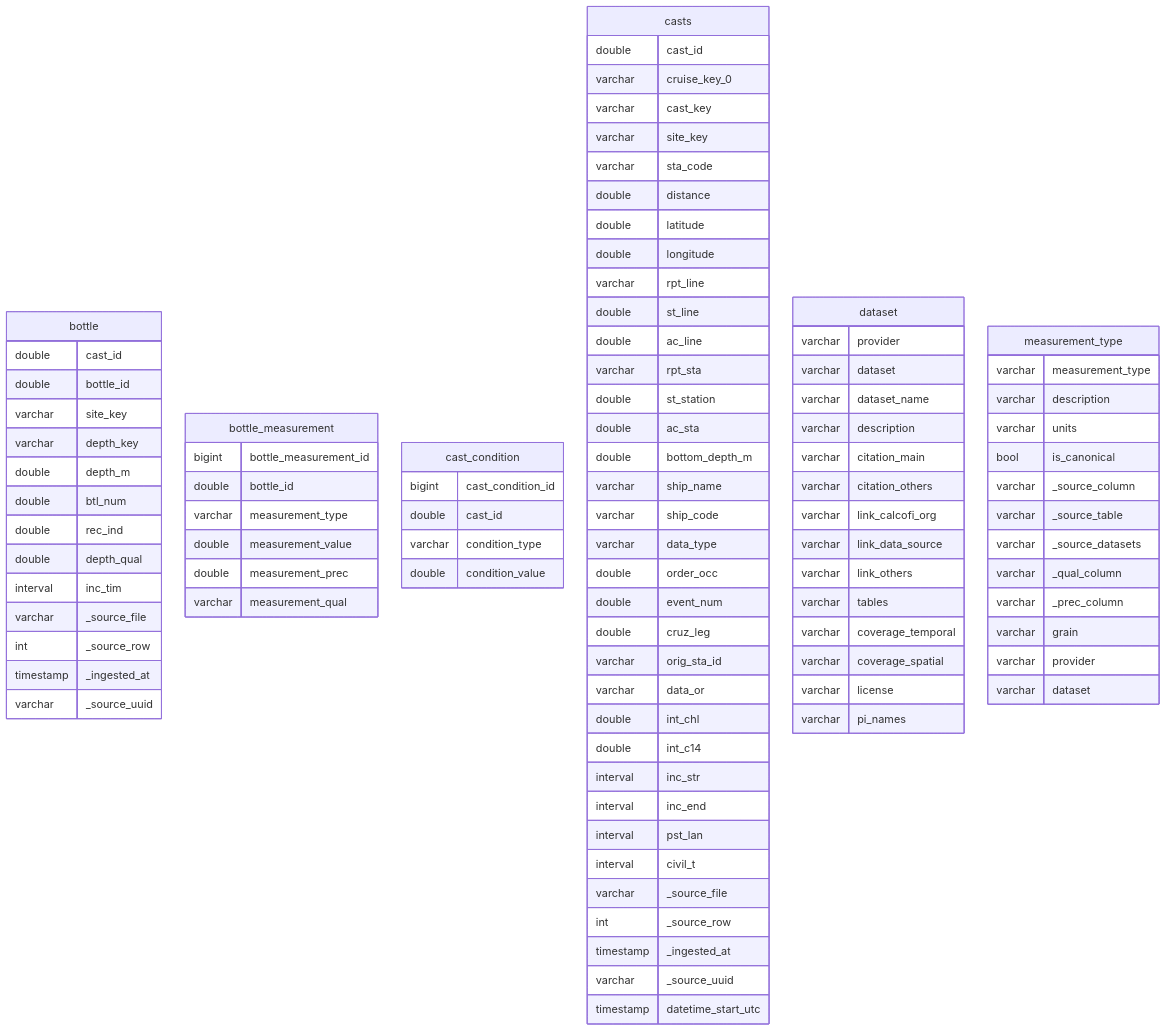
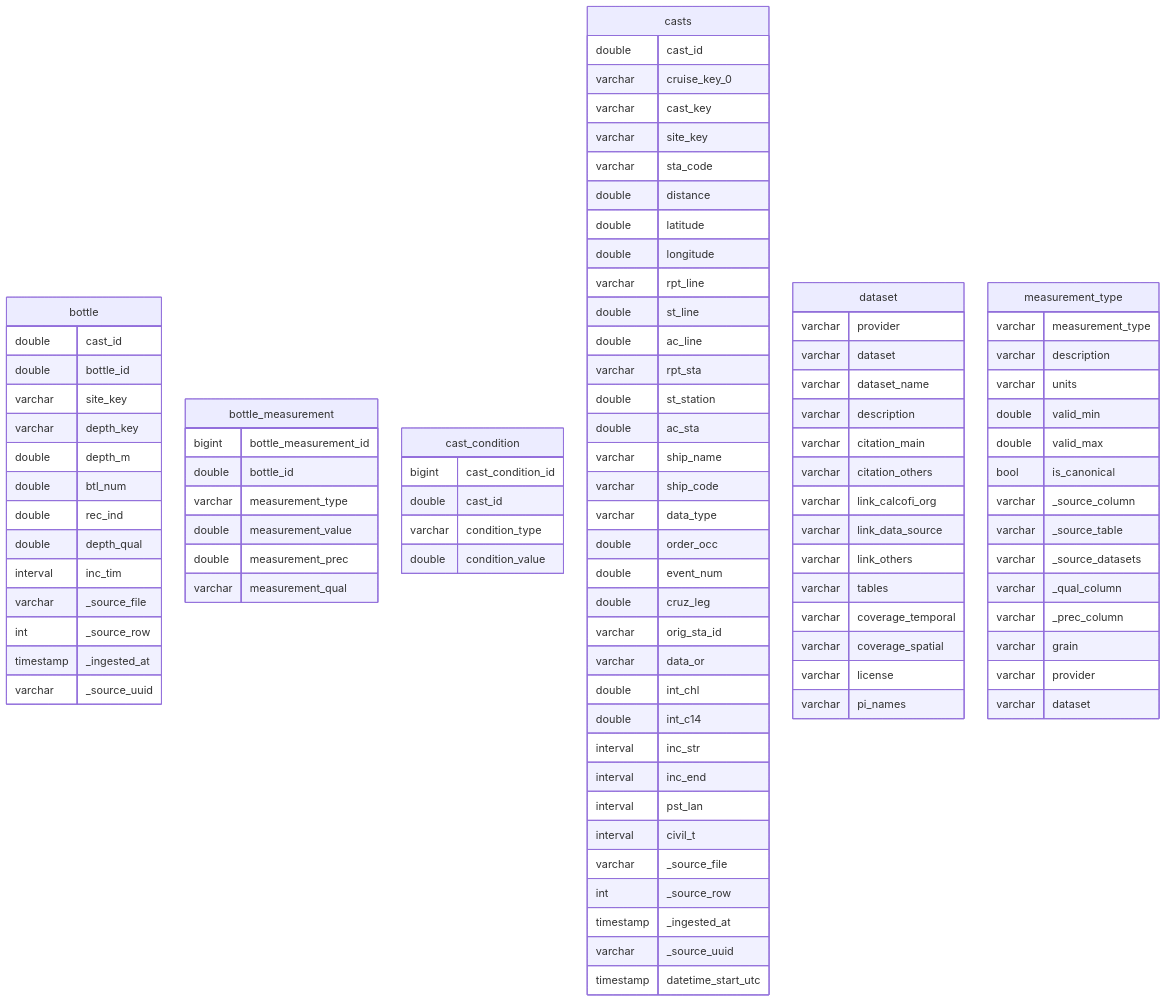
Before and after one commit to CalCOFI/workflows: the diagram in _output/ingest_calcofi_bottle_files/figure-html/erd_tbls-1.mmd, drawn with Mermaid. The commit also changed 250 other files, not shown here.

```diff
--- a/_output/ingest_calcofi_bottle_files/figure-html/erd_tbls-1.mmd
+++ b/_output/ingest_calcofi_bottle_files/figure-html/erd_tbls-1.mmd
@@ -1,100 +1,101 @@
 ---
 config:
   layout: elk
 ---
 erDiagram
     bottle {
         double cast_id
         double bottle_id
         varchar site_key
         varchar depth_key
         double depth_m
         double btl_num
         double rec_ind
         double depth_qual
         interval inc_tim
         varchar _source_file
         int _source_row
         timestamp _ingested_at
         varchar _source_uuid
     }
     bottle_measurement {
         bigint bottle_measurement_id
         double bottle_id
         varchar measurement_type
         double measurement_value
         double measurement_prec
         varchar measurement_qual
     }
     cast_condition {
         bigint cast_condition_id
         double cast_id
         varchar condition_type
         double condition_value
     }
     casts {
         double cast_id
         varchar cruise_key_0
         varchar cast_key
         varchar site_key
         varchar sta_code
         double distance
         double latitude
         double longitude
         varchar rpt_line
         double st_line
         double ac_line
         varchar rpt_sta
         double st_station
         double ac_sta
-        double bottom_depth_m
         varchar ship_name
         varchar ship_code
         varchar data_type
         double order_occ
         double event_num
         double cruz_leg
         varchar orig_sta_id
         varchar data_or
         double int_chl
         double int_c14
         interval inc_str
         interval inc_end
         interval pst_lan
         interval civil_t
         varchar _source_file
         int _source_row
         timestamp _ingested_at
         varchar _source_uuid
         timestamp datetime_start_utc
     }
     dataset {
         varchar provider
         varchar dataset
         varchar dataset_name
         varchar description
         varchar citation_main
         varchar citation_others
         varchar link_calcofi_org
         varchar link_data_source
         varchar link_others
         varchar tables
         varchar coverage_temporal
         varchar coverage_spatial
         varchar license
         varchar pi_names
     }
     measurement_type {
         varchar measurement_type
         varchar description
         varchar units
+        double valid_min
+        double valid_max
         bool is_canonical
         varchar _source_column
         varchar _source_table
         varchar _source_datasets
         varchar _qual_column
         varchar _prec_column
         varchar grain
         varchar provider
         varchar dataset
     }
```
